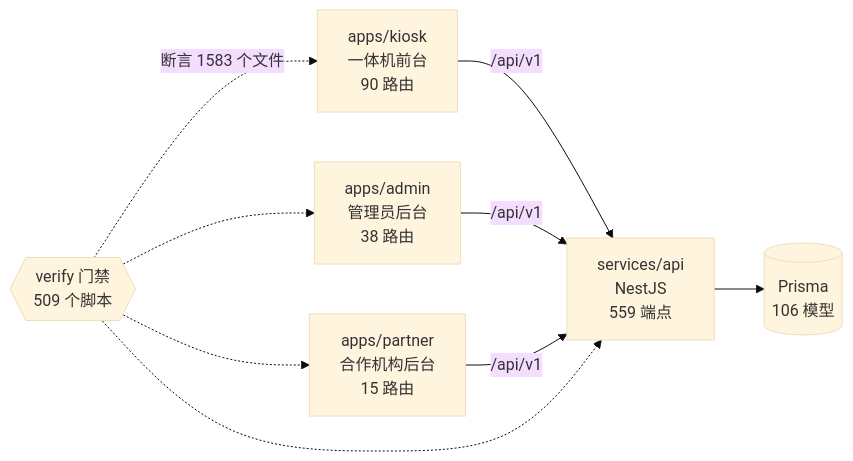
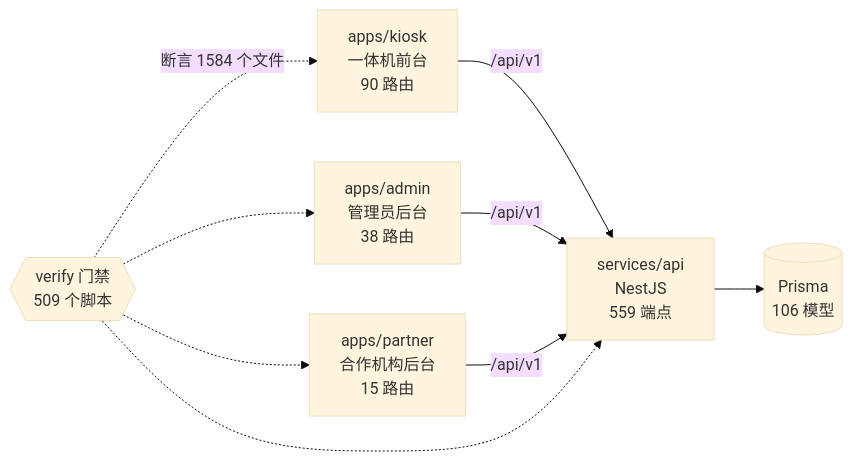
The diagram in docs/graph/README.md (wanglei581/YITIJI), drawn with Mermaid (base theme) before and after one commit. The commit also changed other lines of this file and 2 other files, not shown here.

Commit message:
docs(graph): regenerate

````diff
--- a/docs/graph/README.md
+++ b/docs/graph/README.md
@@ -68,18 +68,18 @@
 ```mermaid
 flowchart LR
   kiosk["apps/kiosk<br/>一体机前台<br/>90 路由"]
   admin["apps/admin<br/>管理员后台<br/>38 路由"]
   partner["apps/partner<br/>合作机构后台<br/>15 路由"]
   api["services/api<br/>NestJS<br/>559 端点"]
   db[("Prisma<br/>106 模型")]
   gates{{"verify 门禁<br/>509 个脚本"}}
 
   kiosk -->|"/api/v1"| api
   admin -->|"/api/v1"| api
   partner -->|"/api/v1"| api
   api --> db
-  gates -.->|"断言 1583 个文件"| kiosk
+  gates -.->|"断言 1584 个文件"| kiosk
   gates -.-> admin
   gates -.-> partner
   gates -.-> api
 ```
````
